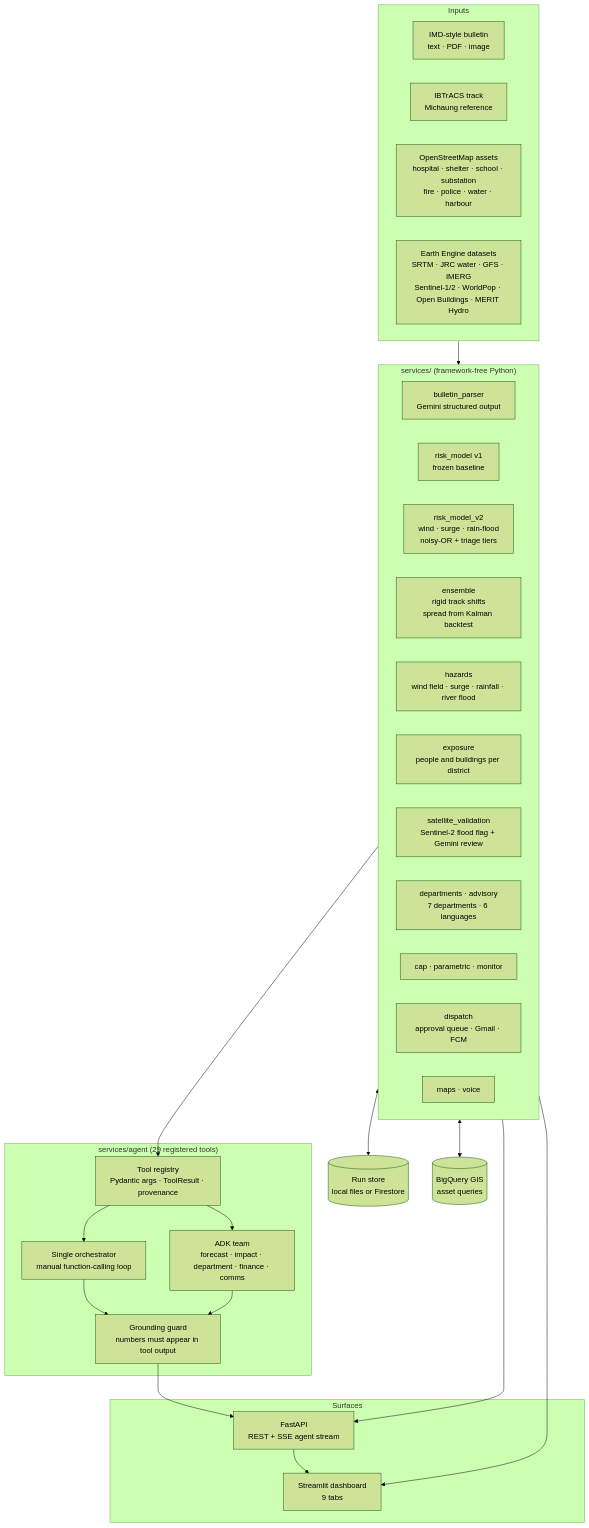
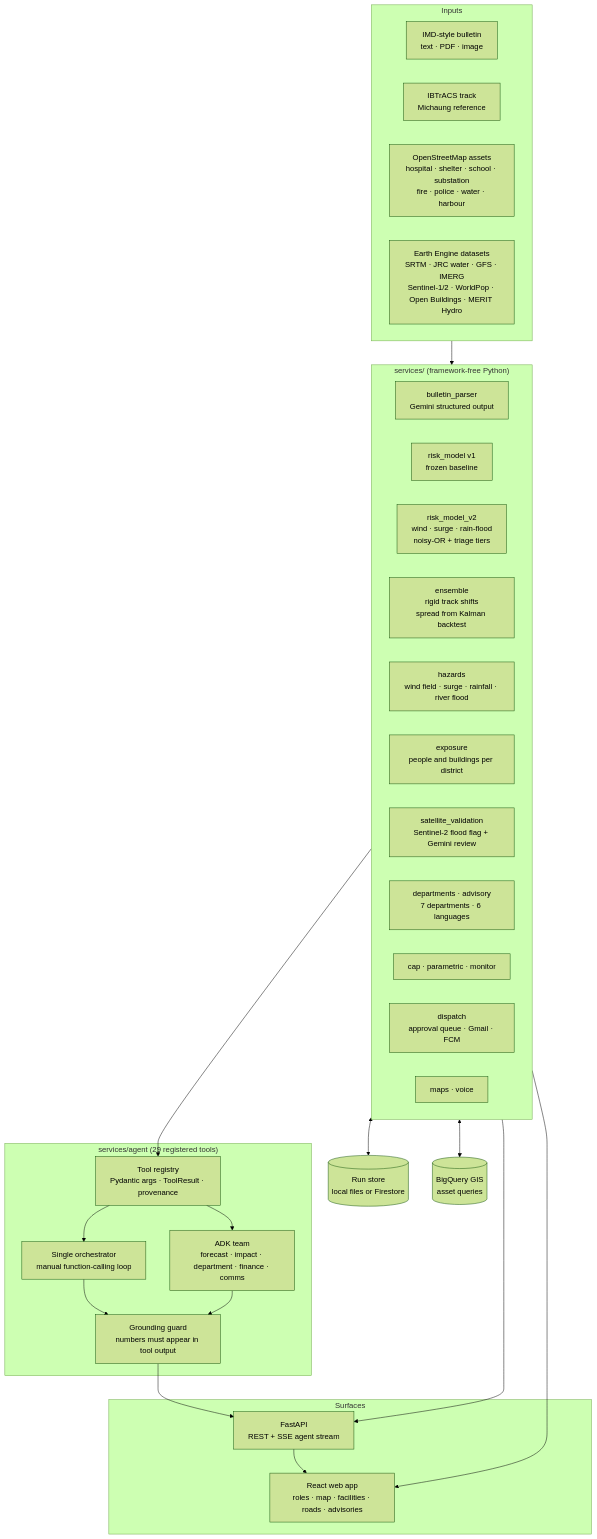
The diagram in docs/ARCHITECTURE.md (CharanVelavan/SurgeSight), drawn with Mermaid (forest theme) before and after one commit. The commit also changed other lines of this file and 89 other files, not shown here.

````diff
--- a/docs/ARCHITECTURE.md
+++ b/docs/ARCHITECTURE.md
@@ -7,48 +7,48 @@
 ```mermaid
 flowchart TB
     subgraph Inputs
         BUL[IMD-style bulletin<br/>text · PDF · image]
         TRK[IBTrACS track<br/>Michaung reference]
         OSM[OpenStreetMap assets<br/>hospital · shelter · school · substation<br/>fire · police · water · harbour]
         EEd[Earth Engine datasets<br/>SRTM · JRC water · GFS · IMERG<br/>Sentinel-1/2 · WorldPop · Open Buildings · MERIT Hydro]
     end
 
     subgraph Services["services/ (framework-free Python)"]
         BP[bulletin_parser<br/>Gemini structured output]
         RM1[risk_model v1<br/>frozen baseline]
         RM2[risk_model_v2<br/>wind · surge · rain-flood<br/>noisy-OR + triage tiers]
         ENS[ensemble<br/>rigid track shifts<br/>spread from Kalman backtest]
         HZ[hazards<br/>wind field · surge · rainfall · river flood]
         EXP[exposure<br/>people and buildings per district]
         SAT[satellite_validation<br/>Sentinel-2 flood flag + Gemini review]
         DEP[departments · advisory<br/>7 departments · 6 languages]
         CAPS[cap · parametric · monitor]
         DSP[dispatch<br/>approval queue · Gmail · FCM]
         MAPS[maps · voice]
     end
 
     subgraph Agent["services/agent (29 registered tools)"]
         REG[Tool registry<br/>Pydantic args · ToolResult · provenance]
         ORC[Single orchestrator<br/>manual function-calling loop]
         ADK[ADK team<br/>forecast · impact · department · finance · comms]
         GG[Grounding guard<br/>numbers must appear in tool output]
     end
 
     subgraph Surfaces
         API[FastAPI<br/>REST + SSE agent stream]
-        ST[Streamlit dashboard<br/>9 tabs]
+        ST[React web app<br/>roles · map · facilities · roads · advisories]
     end
 
     Inputs --> Services
     Services --> REG
     REG --> ORC
     REG --> ADK
     ORC --> GG
     ADK --> GG
     GG --> API
     Services --> API
     API --> ST
     Services --> ST
     Services <--> STORE[(Run store<br/>local files or Firestore)]
     Services <--> BQ[(BigQuery GIS<br/>asset queries)]
 ```
````
